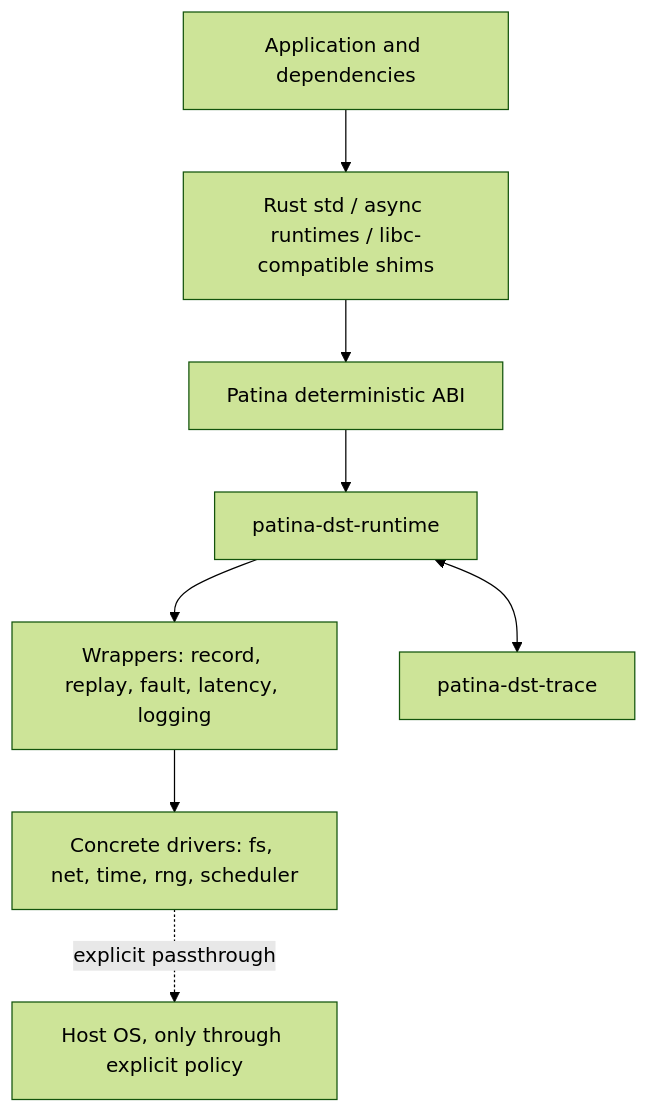
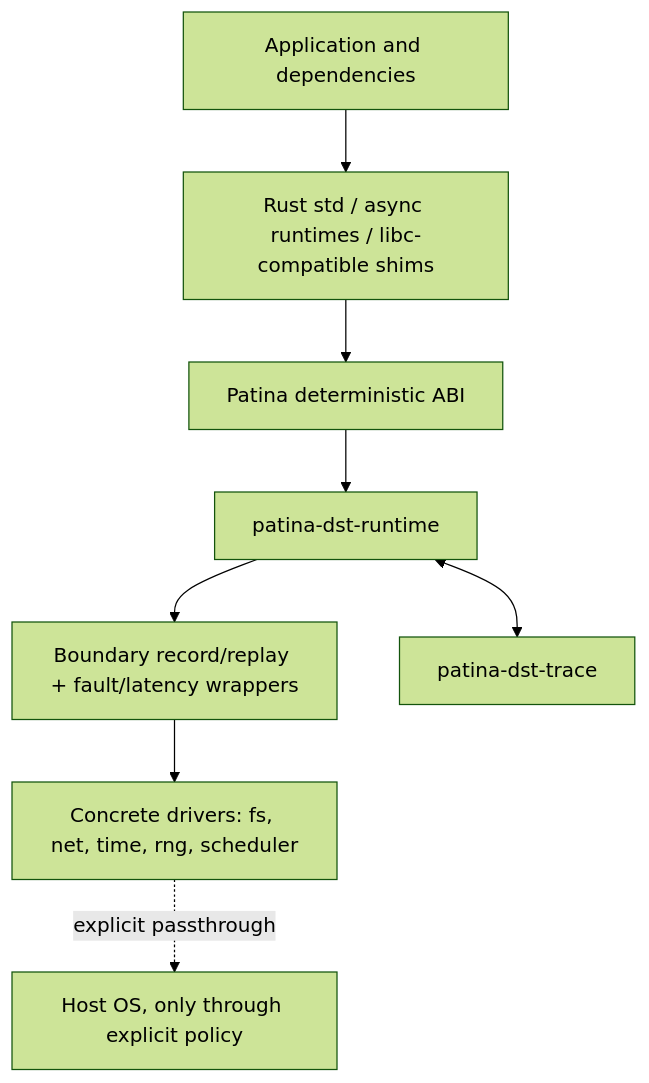
Before and after one commit to JacobHayes/patina: the first of 3 diagrams in ARCHITECTURE.md, drawn with Mermaid (forest theme). The commit also changed other lines of this file and 8 other files, not shown here.

````diff
--- a/ARCHITECTURE.md
+++ b/ARCHITECTURE.md
@@ -7,19 +25,19 @@
 ```mermaid
 flowchart TD
     App[Application and dependencies]
     Std[Rust std / async runtimes / libc-compatible shims]
     ABI[Patina deterministic ABI]
     Runtime[patina-dst-runtime]
-    Wrappers[Wrappers: record, replay, fault, latency, logging]
+    Wrappers[Boundary record/replay + fault/latency wrappers]
     Drivers[Concrete drivers: fs, net, time, rng, scheduler]
     Host[Host OS, only through explicit policy]
     Trace[patina-dst-trace]
 
     App --> Std
     Std --> ABI
     ABI --> Runtime
     Runtime --> Wrappers
     Wrappers --> Drivers
     Drivers -. explicit passthrough .-> Host
     Runtime <--> Trace
 ```
````
